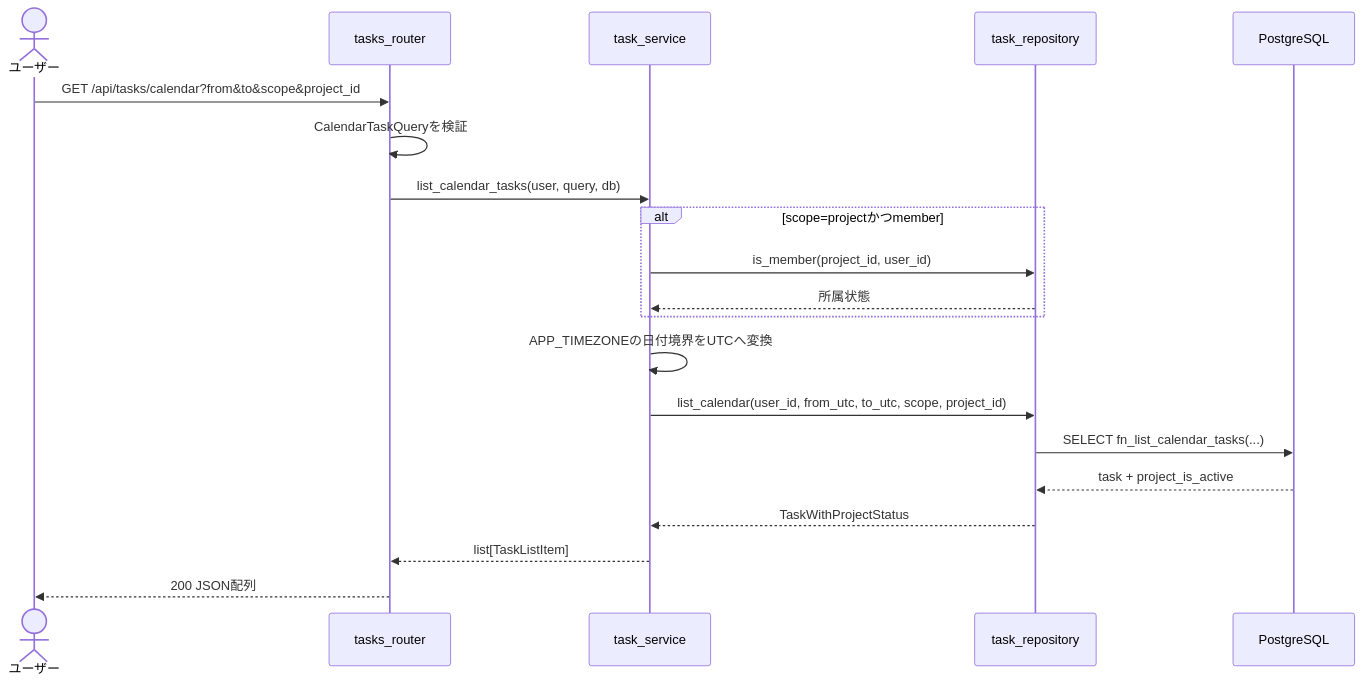
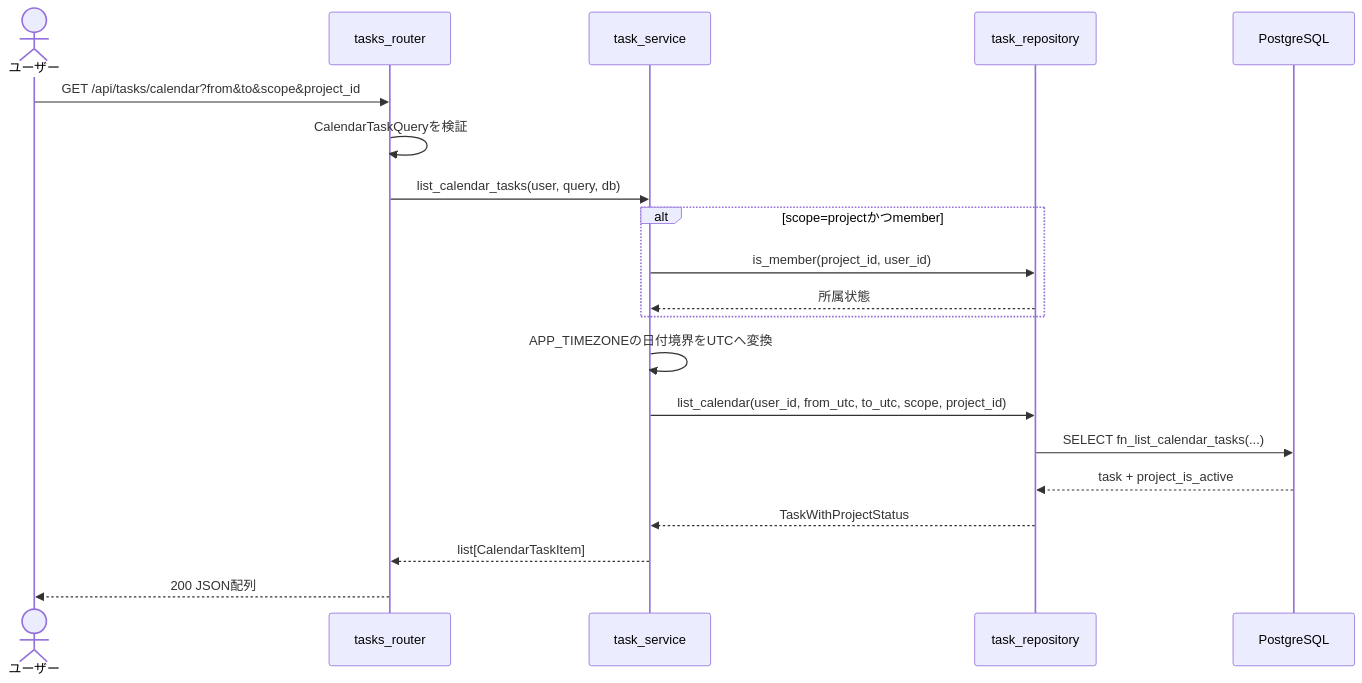
Before and after one commit to oikawa-d/task_management: the first of 3 diagrams in docs/detailed_design/api/tasks/12_get_calendar_tasks.md, drawn with Mermaid. The commit also changed other lines of this file and 1 other file, not shown here.

````diff
--- a/docs/detailed_design/api/tasks/12_get_calendar_tasks.md
+++ b/docs/detailed_design/api/tasks/12_get_calendar_tasks.md
@@ -46,23 +46,23 @@
 ```mermaid
 sequenceDiagram
     actor U as ユーザー
     participant R as tasks_router
     participant S as task_service
     participant P as task_repository
     participant DB as PostgreSQL
 
     U->>R: GET /api/tasks/calendar?from&to&scope&project_id
     R->>R: CalendarTaskQueryを検証
     R->>S: list_calendar_tasks(user, query, db)
     alt scope=projectかつmember
         S->>P: is_member(project_id, user_id)
         P-->>S: 所属状態
     end
     S->>S: APP_TIMEZONEの日付境界をUTCへ変換
     S->>P: list_calendar(user_id, from_utc, to_utc, scope, project_id)
     P->>DB: SELECT fn_list_calendar_tasks(...)
     DB-->>P: task + project_is_active
     P-->>S: TaskWithProjectStatus
-    S-->>R: list[TaskListItem]
+    S-->>R: list[CalendarTaskItem]
     R-->>U: 200 JSON配列
 ```
````
